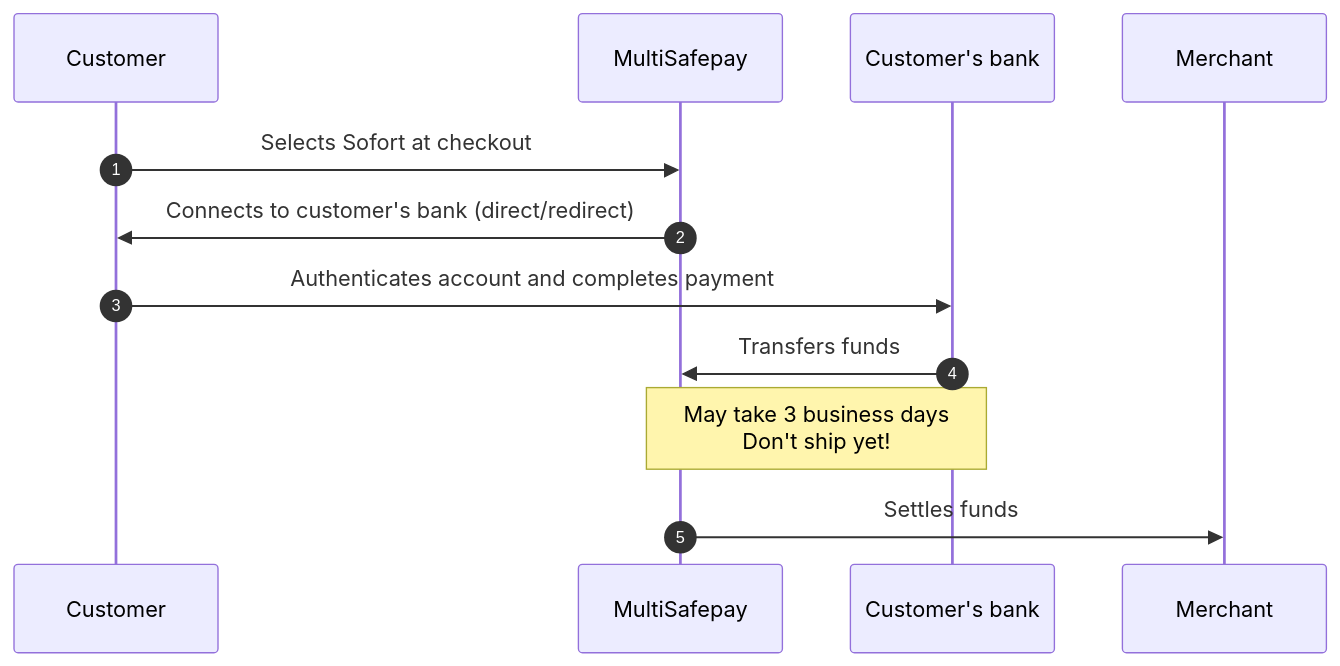
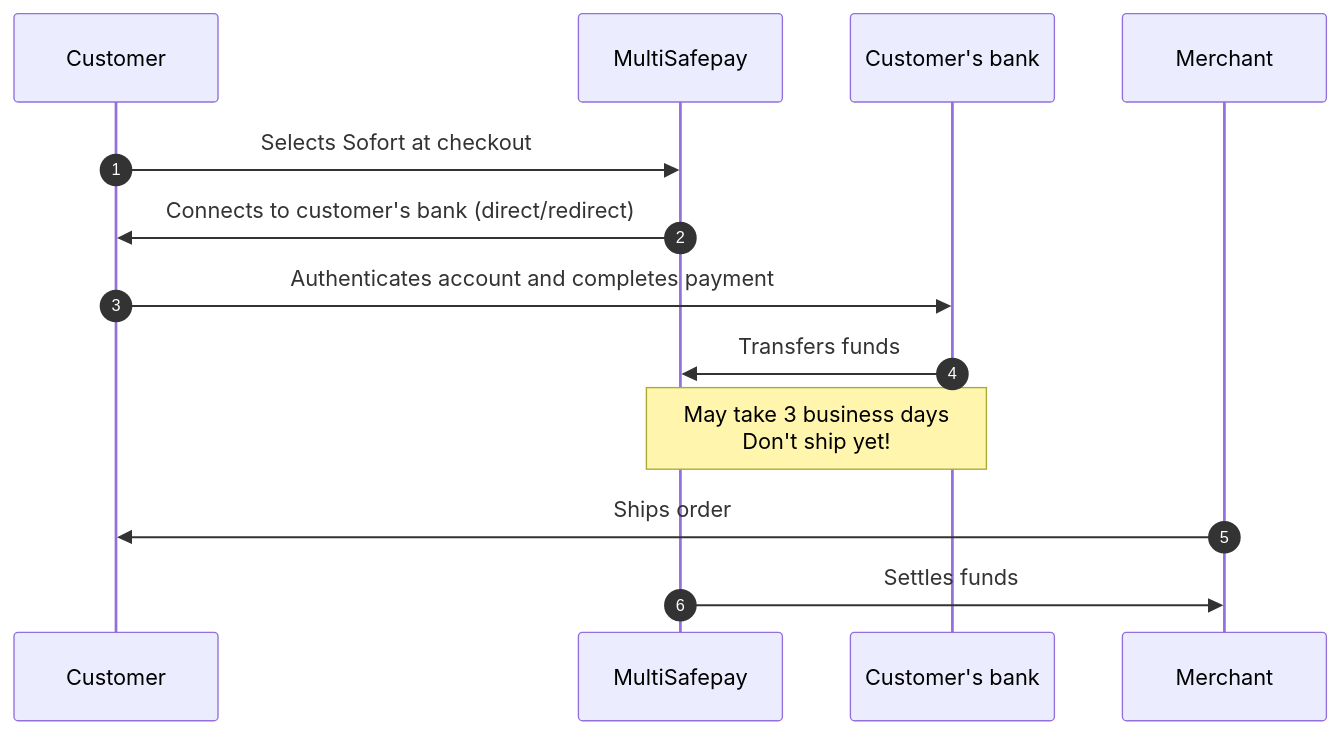
Before and after one commit to MultiSafepay/docs: the diagram in content/payments/methods/banks/sofort/payment-flow.md, drawn with Mermaid. The commit also changed other lines of this file and 36 other files, not shown here.

```diff
--- a/content/payments/methods/banks/sofort/payment-flow.md
+++ b/content/payments/methods/banks/sofort/payment-flow.md
@@ -18,17 +18,18 @@
 {{< mermaid class="text-center" >}}
 
 sequenceDiagram
     autonumber
     participant C as Customer
     participant Mu as MultiSafepay
     participant CB as Customer's bank
     participant Me as Merchant
 
     C->>Mu: Selects Sofort at checkout
     Mu->>C: Connects to customer's bank (direct/redirect)
     C->>CB: Authenticates account and completes payment
     CB->>Mu: Transfers funds 
     Note over CB,Mu: May take 3 business days <br> Don't ship yet!
+    Me->>C: Ships order
     Mu->>Me: Settles funds
 
 {{< /mermaid >}}
```
